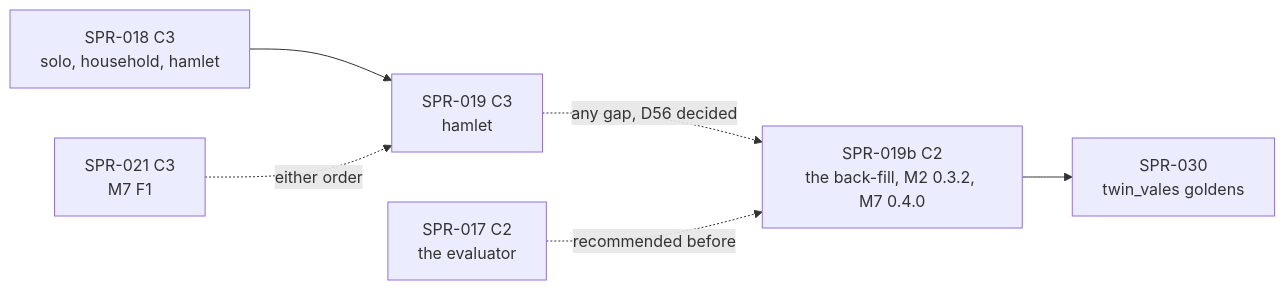
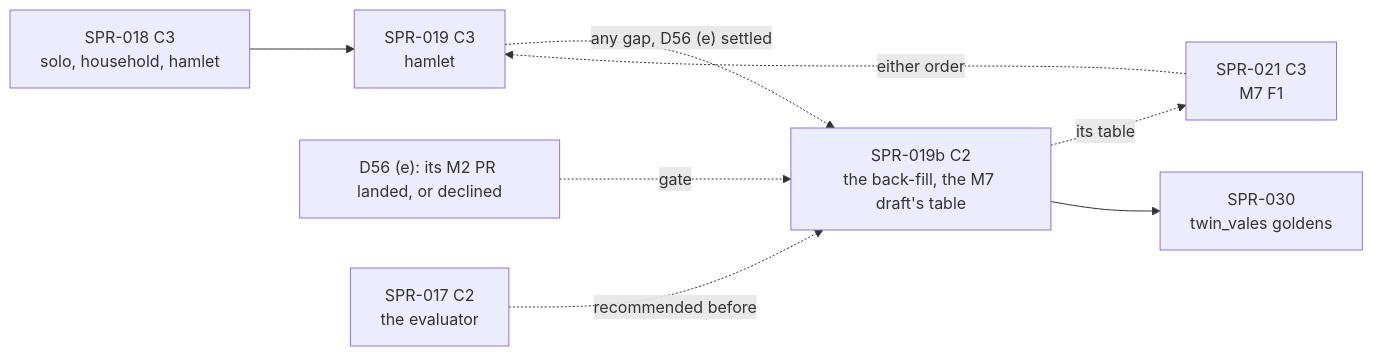
Before and after one commit to BigRigVibeCoder/Rehoboam: the diagram in CODEX/05_PROJECT/SPR-019_PopulationSynthesis.md, drawn with Mermaid. The commit also changed other lines of this file and 4 other files, not shown here.

````diff
--- a/CODEX/05_PROJECT/SPR-019_PopulationSynthesis.md
+++ b/CODEX/05_PROJECT/SPR-019_PopulationSynthesis.md
@@ -236,8 +239,10 @@
 ```mermaid
 flowchart LR
   S018[SPR-018 C3<br/>solo, household, hamlet] --> S019[SPR-019 C3<br/>hamlet]
   S021[SPR-021 C3<br/>M7 F1] -.either order.-> S019
-  S019 -.any gap, D56 decided.-> S019b[SPR-019b C2<br/>the back-fill, M2 0.3.2, M7 0.4.0]
+  S019 -.any gap, D56 (e) settled.-> S019b[SPR-019b C2<br/>the back-fill, the M7 draft's table]
+  E["D56 (e): its M2 PR landed, or declined"] -.gate.-> S019b
   S017[SPR-017 C2<br/>the evaluator] -.recommended before.-> S019b
+  S019b -.its table.-> S021
   S019b --> S030[SPR-030<br/>twin_vales goldens]
 ```
````
